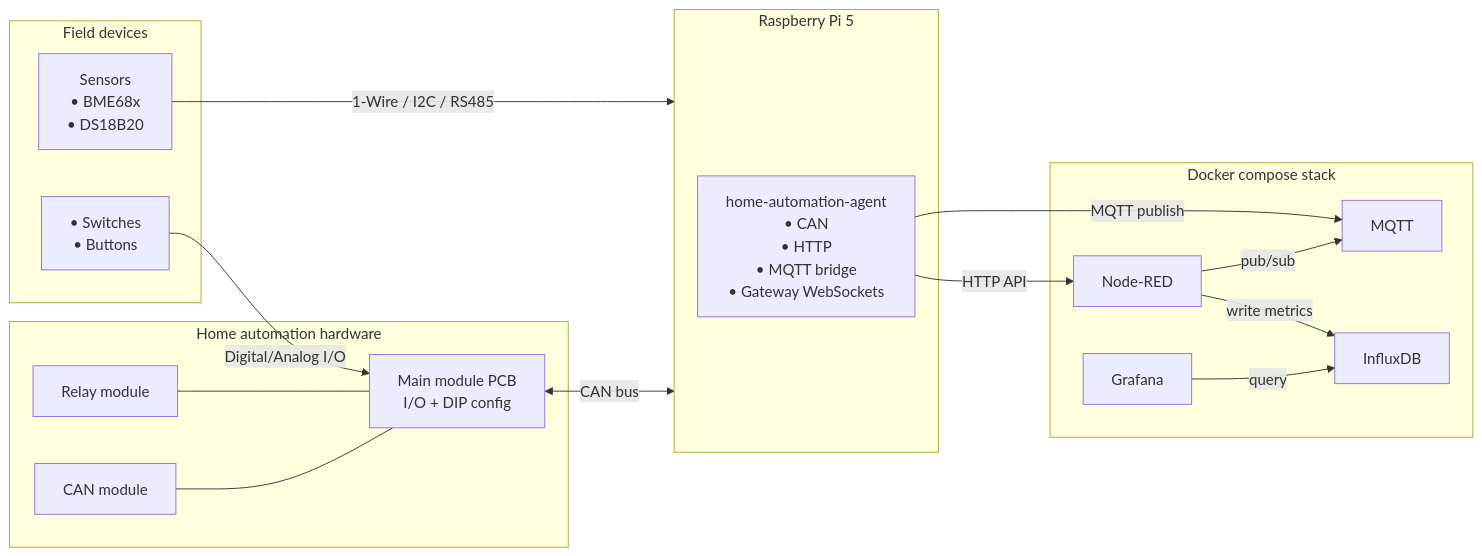
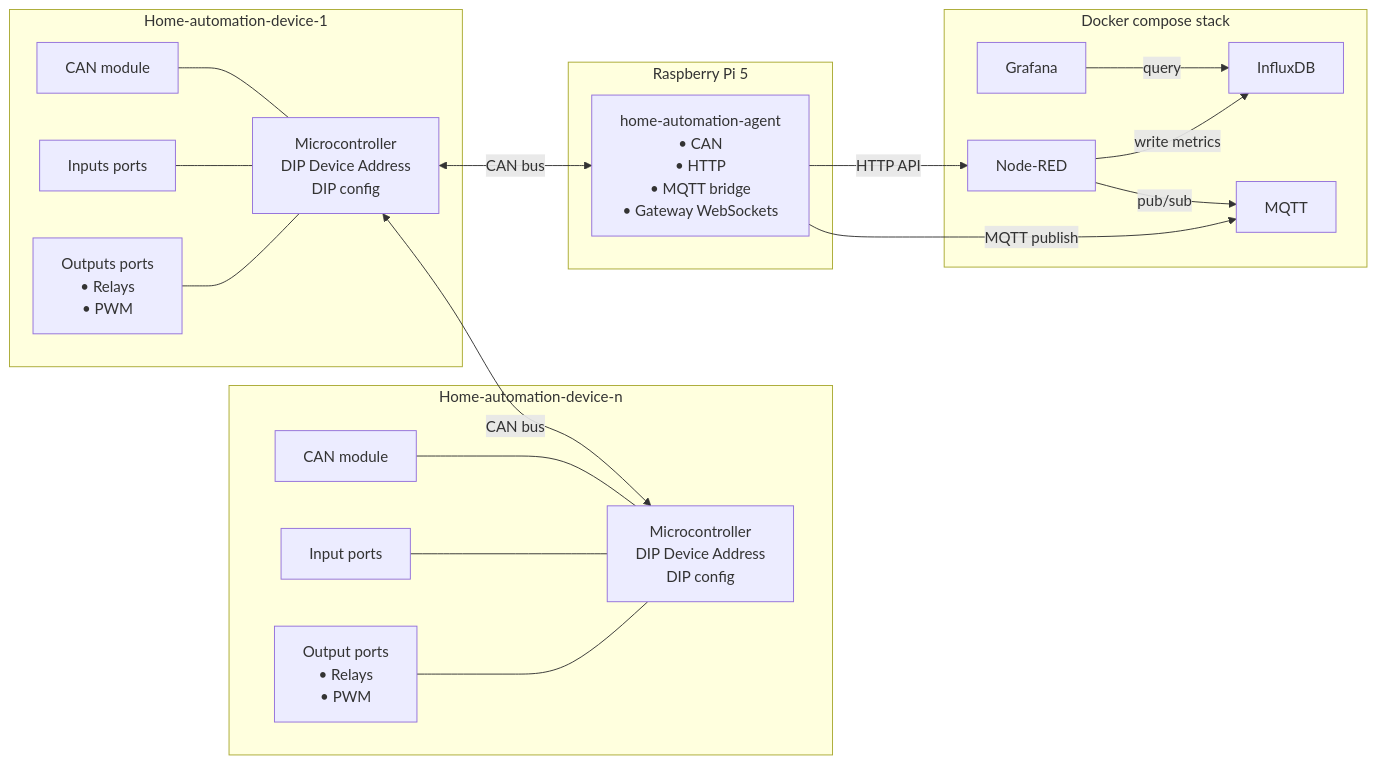
Before and after one commit to nejcokorn/home-automation: the diagram in README.md, drawn with Mermaid.

Commit message:
Improve flowchart

````diff
--- a/README.md
+++ b/README.md
@@ -11,50 +11,60 @@
 ```mermaid
 flowchart LR
-  subgraph Field[Field devices]
-    Sensors[Sensors 
-        • BME68x
-        • DS18B20
+  subgraph Device-1[Home-automation-device-1]
+    Main-1[
+        Microcontroller
+        DIP Device Address
+        DIP config
     ]
-    IO[
-        • Switches
-        • Buttons]
+    Input-1[Inputs ports]
+    Output-1[Outputs ports
+        • Relays
+        • PWM
+    ]
+    CANMod-1[CAN module]
   end
-
-  subgraph HW[Home automation hardware]
-    Main[
-        Main module PCB
-        I/O + DIP config
+  subgraph Device-n[Home-automation-device-n]
+    Main-n[
+        Microcontroller
+        DIP Device Address
+        DIP config
     ]
-    Relay[Relay module]
-    CANMod[CAN module]
+    Input-n[Input ports]
+    Output-n[Output ports
+        • Relays
+        • PWM
+    ]
+    CANMod-n[CAN module]
   end
 
   subgraph Pi[ Raspberry Pi 5 ]
     Agent[
         home-automation-agent
             • CAN
             • HTTP
             • MQTT bridge
             • Gateway WebSockets
     ]
   end
 
   subgraph Stack[Docker compose stack]
-    Mosq[MQTT]
     NR[Node-RED]
     Influx[InfluxDB]
+    Mosq[MQTT]
     Graf[Grafana]
   end
 
-  Sensors -->|1-Wire / I2C / RS485| Pi
-  IO -->|Digital/Analog I/O| Main
-  Relay --- Main
-  CANMod --- Main
-  Main <-->|CAN bus| Pi
-
+  Output-1 --- Main-1
+  Input-1 --- Main-1
+  CANMod-1 --- Main-1
+  Output-n --- Main-n
+  Input-n --- Main-n
+  CANMod-n --- Main-n
+  Main-1 <--> | CAN bus | Main-n
+  Main-1 <--> | CAN bus | Agent
   Agent -->|HTTP API| NR
   Agent -->|MQTT publish| Mosq
   NR -->|pub/sub| Mosq
   NR -->|write metrics| Influx
   Graf -->|query| Influx
 ```
````
